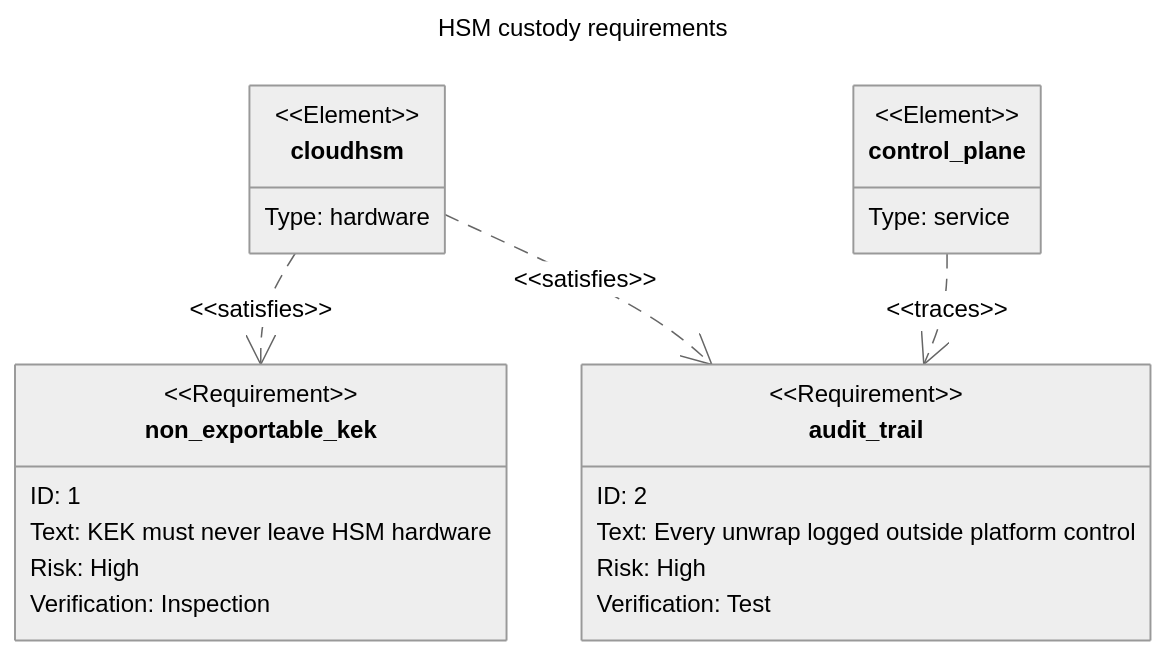
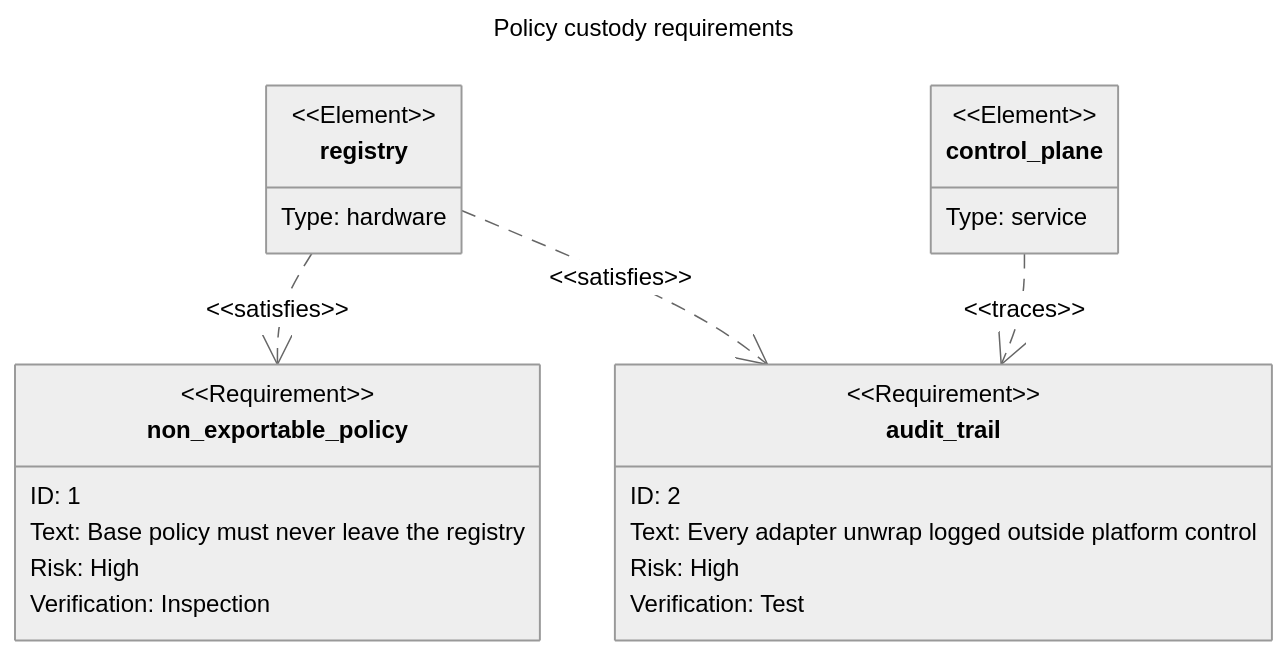
One commit to SlideWright/lattice changed the tenth of 25 diagrams in lib/components/diagram/diagram/diagram.gallery.md. Above: the diagram before and after it, drawn with Mermaid (neutral theme). The commit also changed other lines of this file and 75 other files, not shown here.

````diff
--- a/lib/components/diagram/diagram/diagram.gallery.md
+++ b/lib/components/diagram/diagram/diagram.gallery.md
@@ -297,27 +297,27 @@
 ```mermaid
 ---
-title: HSM custody requirements
+title: Policy custody requirements
 ---
 requirementDiagram
-  requirement non_exportable_kek {
+  requirement non_exportable_policy {
     id: 1
-    text: "KEK must never leave HSM hardware"
+    text: "Base policy must never leave the registry"
     risk: high
     verifymethod: inspection
   }
   requirement audit_trail {
     id: 2
-    text: "Every unwrap logged outside platform control"
+    text: "Every adapter unwrap logged outside platform control"
     risk: high
     verifymethod: test
   }
-  element cloudhsm {
+  element registry {
     type: hardware
   }
   element control_plane {
     type: service
   }
-  cloudhsm - satisfies -> non_exportable_kek
-  cloudhsm - satisfies -> audit_trail
+  registry - satisfies -> non_exportable_policy
+  registry - satisfies -> audit_trail
   control_plane - traces -> audit_trail
 ```
````
